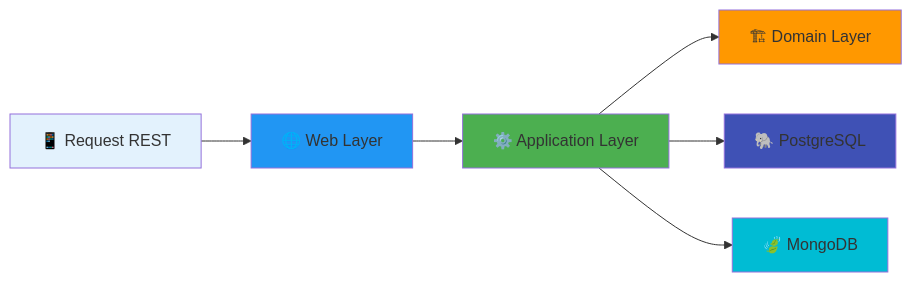
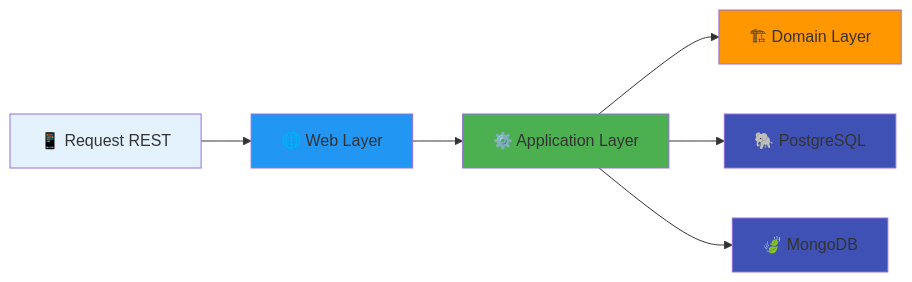
The eighth of 9 diagrams in README.md (Programvr/marketplace), drawn with Mermaid before and after one commit.

````diff
--- a/README.md
+++ b/README.md
@@ -897,15 +897,15 @@
 ```mermaid
 flowchart LR
     A[📱 Request REST] --> B[🌐 Web Layer]
     B --> C[⚙️ Application Layer]
     C --> D[🏗 Domain Layer]
     C --> E[🐘 PostgreSQL]
     C --> F[🍃 MongoDB]
     
     style A fill:#e3f2fd
     style B fill:#2196f3
     style C fill:#4caf50
     style D fill:#ff9800
     style E fill:#3f51b5
-    style F fill:#00bcd4
+    style F fill:#3f51b5
 ```
````
